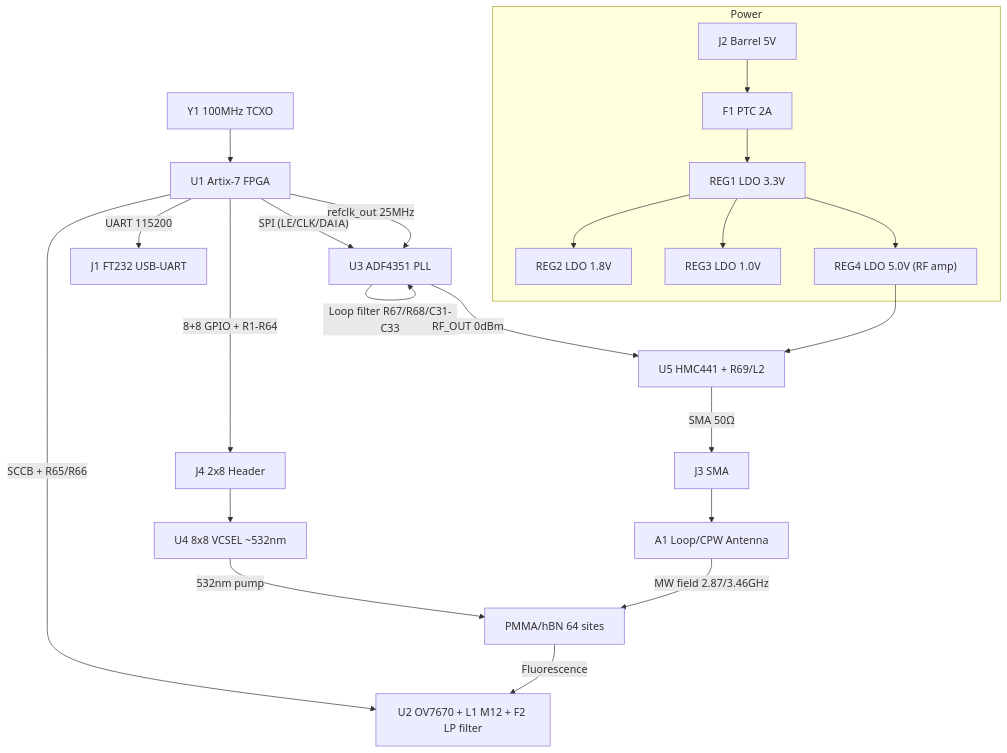
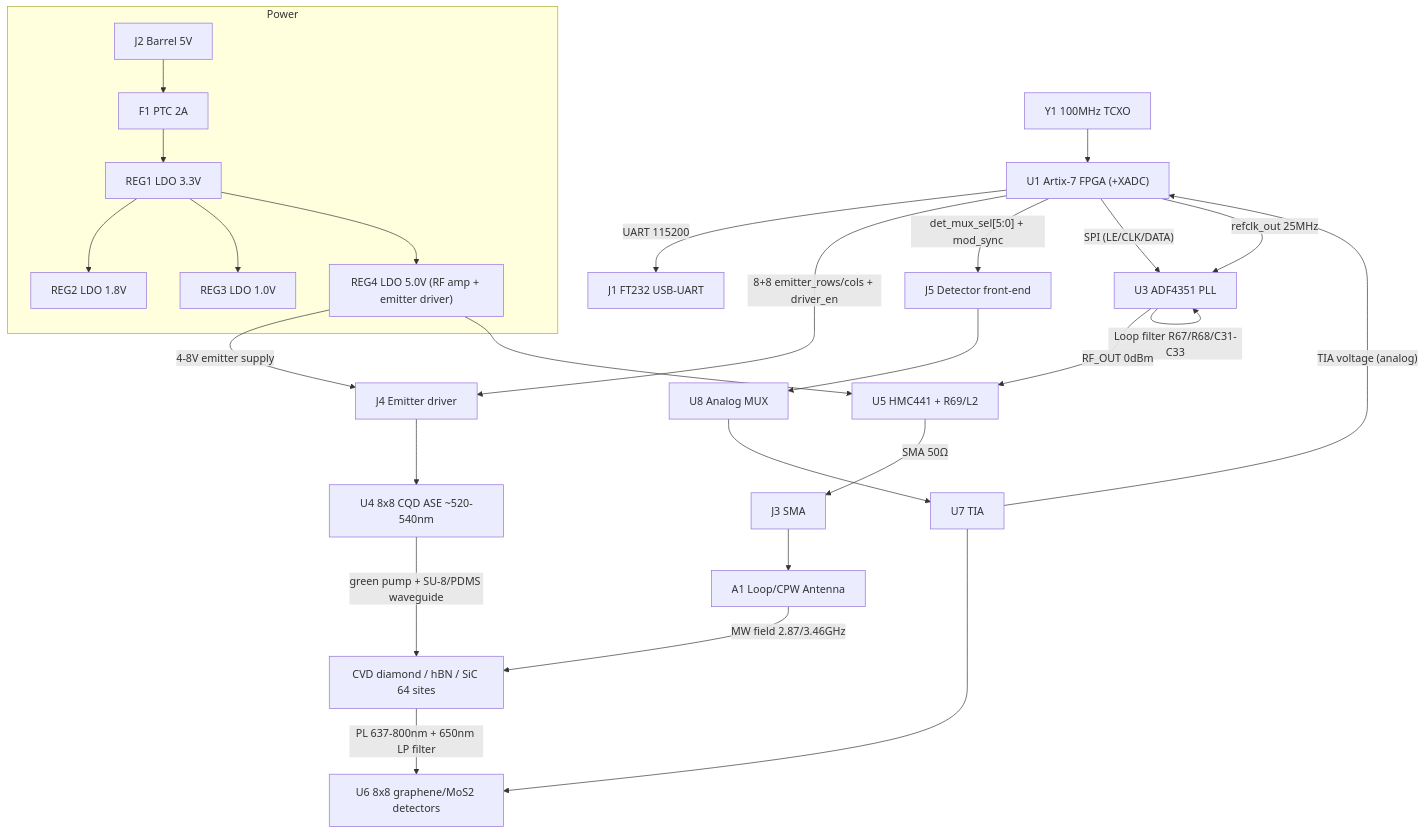
Before and after one commit to VABISMO/QSSC: the diagram in hardware/HARDWARE_DESIGN.md, drawn with Mermaid. The commit also changed other lines of this file and 24 other files, not shown here.

````diff
--- a/hardware/HARDWARE_DESIGN.md
+++ b/hardware/HARDWARE_DESIGN.md
@@ -39,24 +59,27 @@
 ```mermaid
 flowchart TD
     subgraph Power
         J2["J2 Barrel 5V"] --> F1["F1 PTC 2A"] --> REG1["REG1 LDO 3.3V"]
         REG1 --> REG2["REG2 LDO 1.8V"]
         REG1 --> REG3["REG3 LDO 1.0V"]
-        REG1 --> REG4["REG4 LDO 5.0V (RF amp)"]
+        REG1 --> REG4["REG4 LDO 5.0V (RF amp + emitter driver)"]
     end
-    Y1["Y1 100MHz TCXO"] --> U1["U1 Artix-7 FPGA"]
+    Y1["Y1 100MHz TCXO"] --> U1["U1 Artix-7 FPGA (+XADC)"]
     U1 -->|"UART 115200"| J1["J1 FT232 USB-UART"]
-    U1 -->|"8+8 GPIO + R1-R64"| J4["J4 2x8 Header"]
-    J4 --> U4["U4 8x8 VCSEL ~532nm"]
-    U1 -->|"SCCB + R65/R66"| U2["U2 OV7670 + L1 M12 + F2 LP filter"]
+    U1 -->|"8+8 emitter_rows/cols + driver_en"| J4["J4 Emitter driver"]
+    REG4 -->|"4-8V emitter supply"| J4
+    J4 --> U4["U4 8x8 CQD ASE ~520-540nm"]
+    U1 -->|"det_mux_sel[5:0] + mod_sync"| J5["J5 Detector front-end"]
+    J5 --> U8["U8 Analog MUX"] --> U7["U7 TIA"] --> U6["U6 8x8 graphene/MoS2 detectors"]
+    U7 -->|"TIA voltage (analog)"| U1
     U1 -->|"SPI (LE/CLK/DATA)"| U3["U3 ADF4351 PLL"]
     U1 -->|"refclk_out 25MHz"| U3
     U3 -->|"Loop filter R67/R68/C31-C33"| U3
     U3 -->|"RF_OUT 0dBm"| U5["U5 HMC441 + R69/L2"]
     REG4 --> U5
     U5 -->|"SMA 50Ω"| J3["J3 SMA"]
     J3 --> A1["A1 Loop/CPW Antenna"]
-    U4 -->|"532nm pump"| hBN["PMMA/hBN 64 sites"]
-    A1 -->|"MW field 2.87/3.46GHz"| hBN
-    hBN -->|"Fluorescence"| U2
+    U4 -->|"green pump + SU-8/PDMS waveguide"| Sub["CVD diamond / hBN / SiC 64 sites"]
+    A1 -->|"MW field 2.87/3.46GHz"| Sub
+    Sub -->|"PL 637-800nm + 650nm LP filter"| U6
 ```
````
